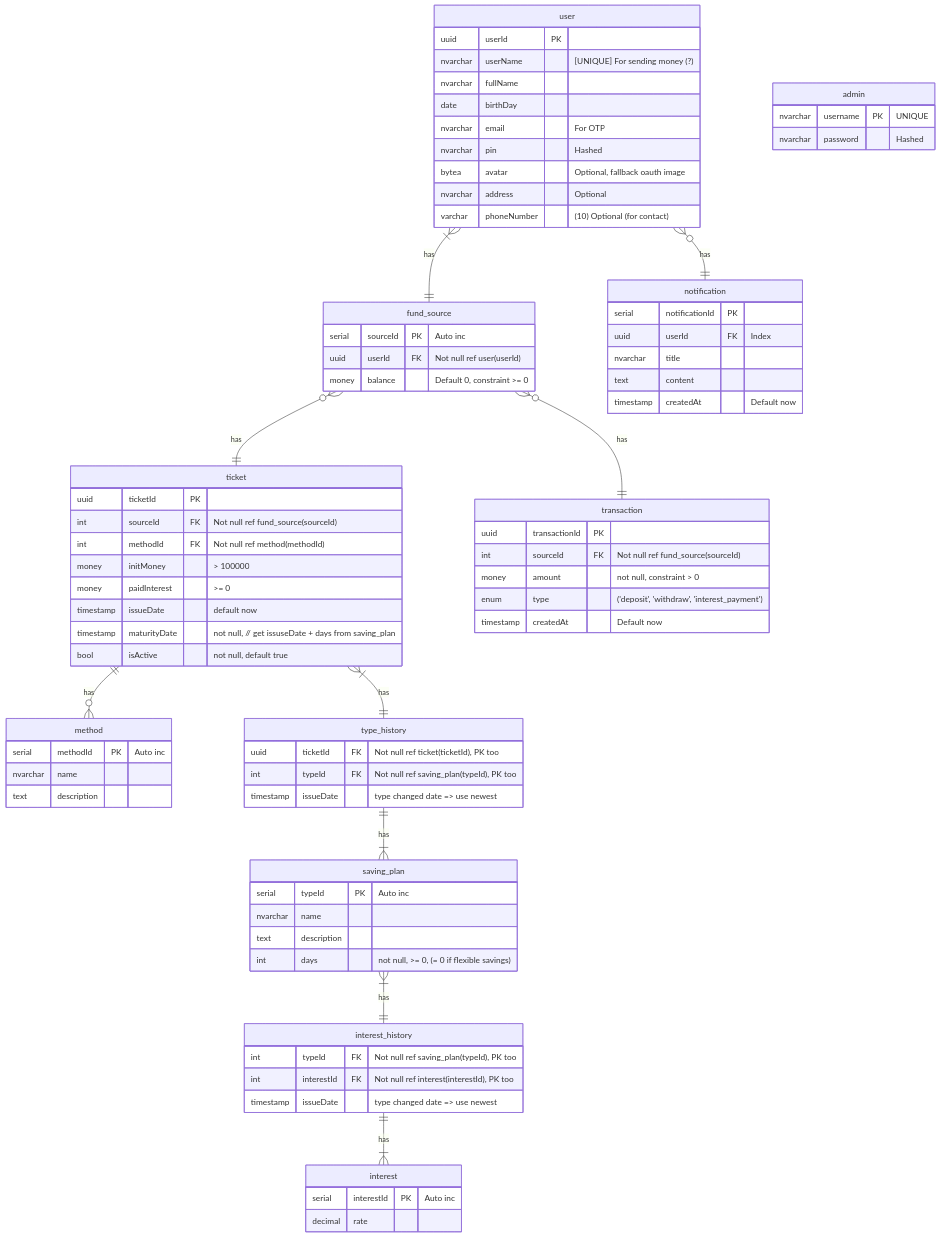
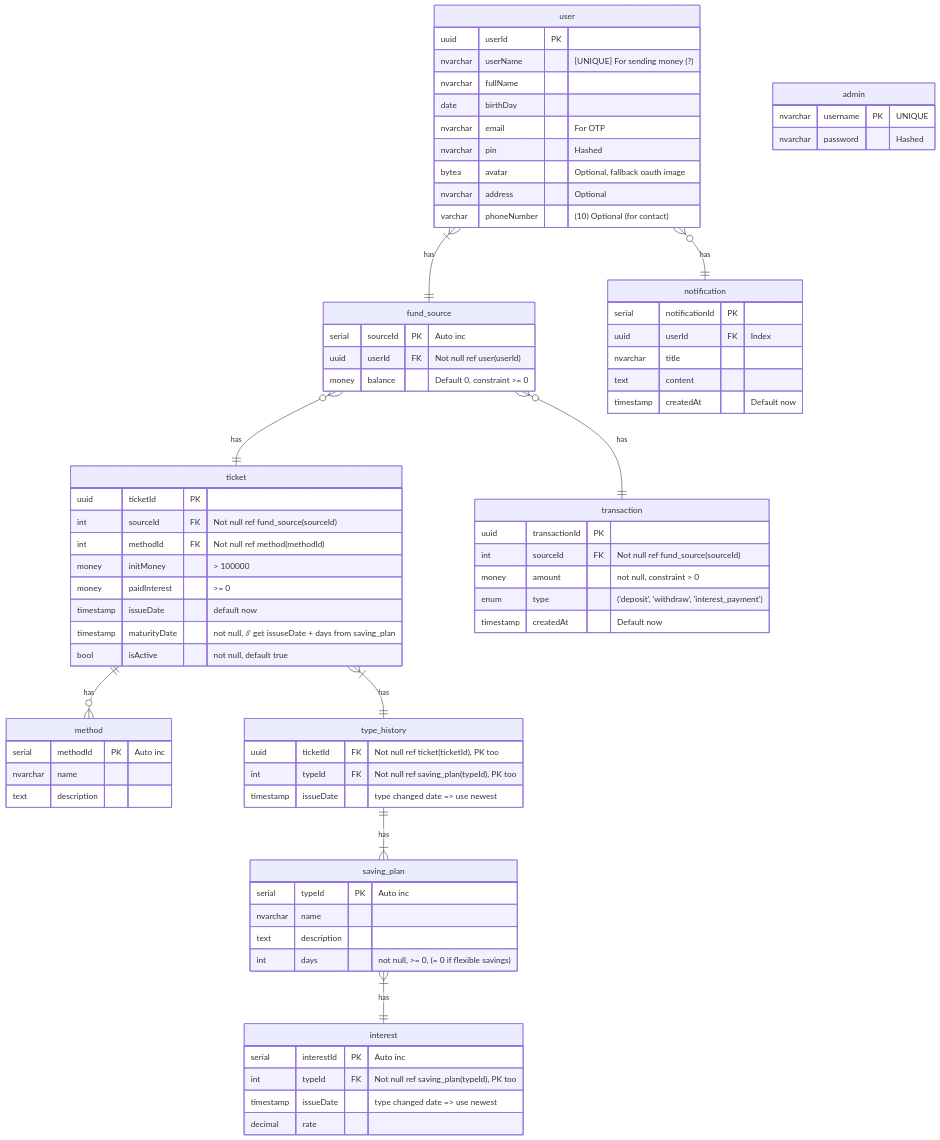
Before and after one commit to coinhub-uit/.github: the first of 2 diagrams in profile/README.md, drawn with Mermaid.

Commit message:
chore(README): modify db schema

````diff
--- a/profile/README.md
+++ b/profile/README.md
@@ -41,6 +41,8 @@
 
   interest {
     serial interestId PK "Auto inc"
+    int typeId FK "Not null ref saving_plan(typeId), PK too"
+    timestamp issueDate "type changed date => use newest"
     decimal rate
   }
 
@@ -68,11 +70,6 @@
     int days "not null, >= 0, (= 0 if flexible savings)"
   }
 
-  interest_history{
-    int typeId FK "Not null ref saving_plan(typeId), PK too"
-    int interestId FK "Not null ref interest(interestId), PK too"
-    timestamp issueDate "type changed date => use newest"
-  }
 
   transaction {
     uuid transactionId PK
@@ -102,6 +99,5 @@
   ticket ||--o{ method : has
   ticket }|--|| type_history : has
   type_history ||--|{ saving_plan : has
-  saving_plan }|--|| interest_history : has
-  interest_history ||--|{ interest : has
+  saving_plan }|--|| interest : has
 ```
````
